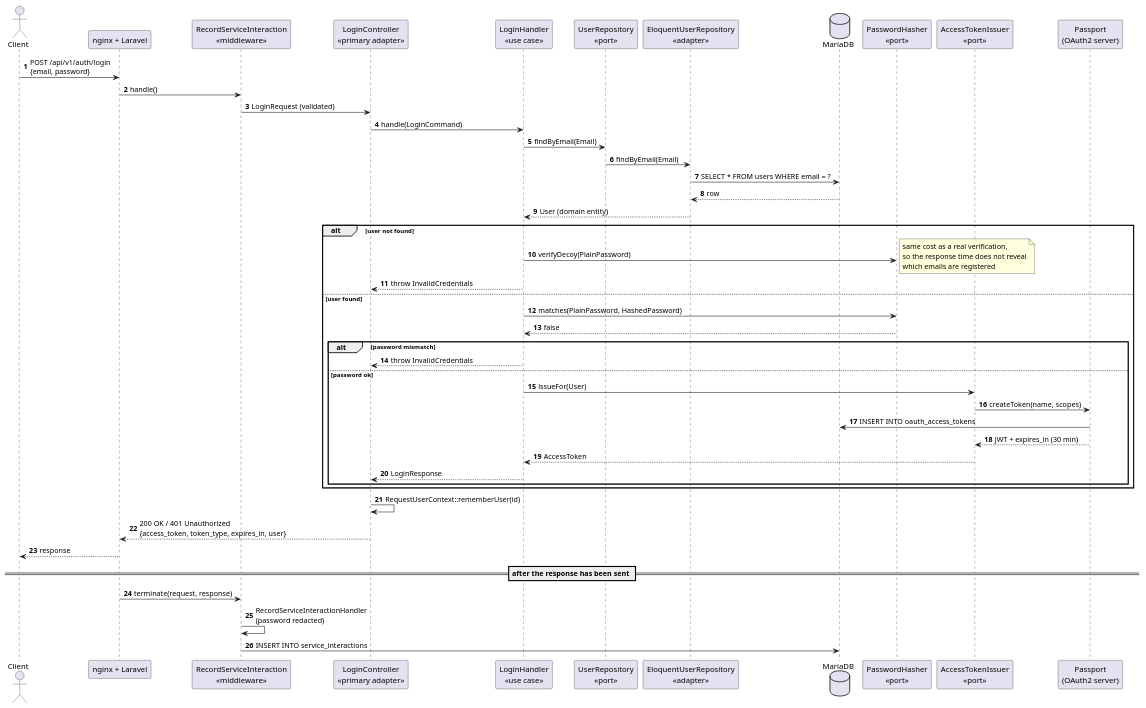
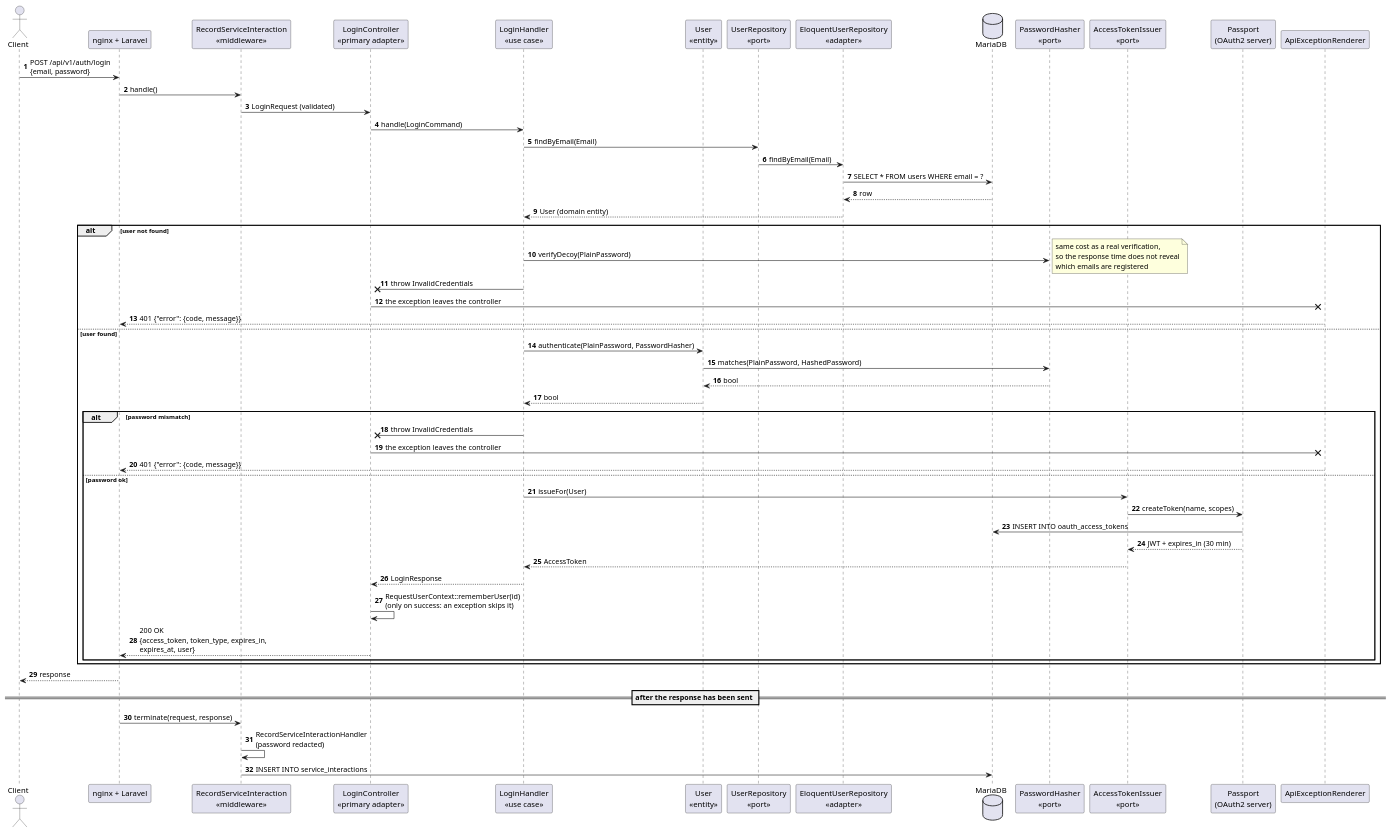
The diagram in docs/diagrams/sequence-login.puml (alexisrivero/challenge-prex), drawn with PlantUML before and after one commit. The commit also changed 11 other files, not shown here.

```diff
--- a/docs/diagrams/sequence-login.puml
+++ b/docs/diagrams/sequence-login.puml
@@ -1,58 +1,66 @@
 @startuml sequence-login
 ' ---------------------------------------------------------------------------
 ' UC1 - Login (POST /api/v1/auth/login)
 ' ---------------------------------------------------------------------------
 skinparam shadowing false
 autonumber
 
 actor Client
 participant "nginx + Laravel" as Kernel
 participant "RecordServiceInteraction\n<<middleware>>" as Audit
 participant "LoginController\n<<primary adapter>>" as Controller
 participant "LoginHandler\n<<use case>>" as Handler
+participant "User\n<<entity>>" as User
 participant "UserRepository\n<<port>>" as UserPort
 participant "EloquentUserRepository\n<<adapter>>" as UserAdapter
 database "MariaDB" as DB
 participant "PasswordHasher\n<<port>>" as HasherPort
 participant "AccessTokenIssuer\n<<port>>" as TokenPort
 participant "Passport\n(OAuth2 server)" as Passport
+participant "ApiExceptionRenderer" as Renderer
 
 Client -> Kernel : POST /api/v1/auth/login\n{email, password}
 Kernel -> Audit : handle()
 Audit -> Controller : LoginRequest (validated)
 Controller -> Handler : handle(LoginCommand)
 
 Handler -> UserPort : findByEmail(Email)
 UserPort -> UserAdapter : findByEmail(Email)
 UserAdapter -> DB : SELECT * FROM users WHERE email = ?
 DB --> UserAdapter : row
 UserAdapter --> Handler : User (domain entity)
 
 alt user not found
   Handler -> HasherPort : verifyDecoy(PlainPassword)
   note right : same cost as a real verification,\nso the response time does not reveal\nwhich emails are registered
-  Handler --> Controller : throw InvalidCredentials
+  Handler ->x Controller : throw InvalidCredentials
+  Controller ->x Renderer : the exception leaves the controller
+  Renderer --> Kernel : 401 {"error": {code, message}}
 else user found
-  Handler -> HasherPort : matches(PlainPassword, HashedPassword)
-  HasherPort --> Handler : false
+  Handler -> User : authenticate(PlainPassword, PasswordHasher)
+  User -> HasherPort : matches(PlainPassword, HashedPassword)
+  HasherPort --> User : bool
+  User --> Handler : bool
   alt password mismatch
-    Handler --> Controller : throw InvalidCredentials
+    Handler ->x Controller : throw InvalidCredentials
+    Controller ->x Renderer : the exception leaves the controller
+    Renderer --> Kernel : 401 {"error": {code, message}}
   else password ok
     Handler -> TokenPort : issueFor(User)
     TokenPort -> Passport : createToken(name, scopes)
     Passport -> DB : INSERT INTO oauth_access_tokens
     Passport --> TokenPort : JWT + expires_in (30 min)
     TokenPort --> Handler : AccessToken
     Handler --> Controller : LoginResponse
+    Controller -> Controller : RequestUserContext::rememberUser(id)\n(only on success: an exception skips it)
+    Controller --> Kernel : 200 OK\n{access_token, token_type, expires_in,\nexpires_at, user}
   end
 end
 
-Controller -> Controller : RequestUserContext::rememberUser(id)
-Controller --> Kernel : 200 OK / 401 Unauthorized\n{access_token, token_type, expires_in, user}
 Kernel --> Client : response
 
 == after the response has been sent ==
 Kernel -> Audit : terminate(request, response)
 Audit -> Audit : RecordServiceInteractionHandler\n(password redacted)
 Audit -> DB : INSERT INTO service_interactions
 @enduml
```
